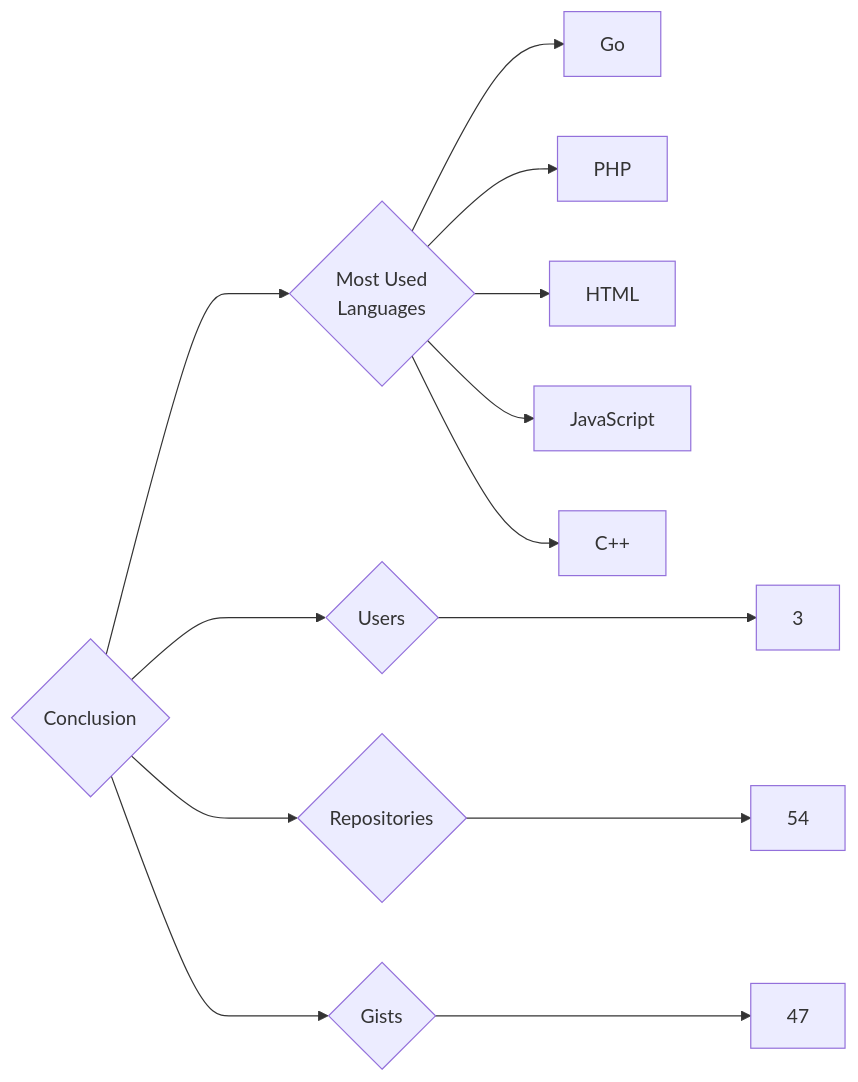
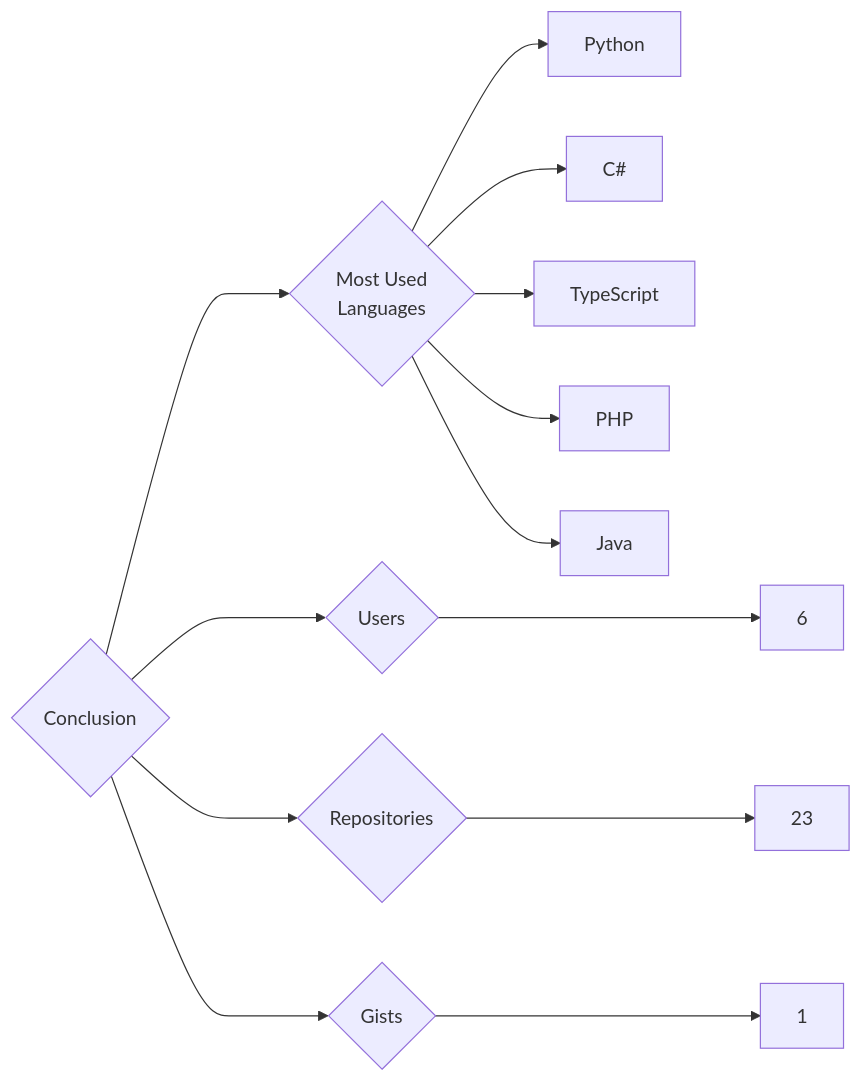
The diagram in targets/Conclusion/README.md (trickest/insiders), drawn with Mermaid before and after one commit. The commit also changed 1148 other files, not shown here.

````diff
--- a/targets/Conclusion/README.md
+++ b/targets/Conclusion/README.md
@@ -3,13 +3,13 @@
 ```mermaid
 graph LR
 COMPANY_NAME{Conclusion}
-COMPANY_NAME ---> U{Users} ---> UN[3]
-COMPANY_NAME ---> R{Repositories} ---> RN[54]
-COMPANY_NAME ---> G{Gists} ---> GN[47]
+COMPANY_NAME ---> U{Users} ---> UN[6]
+COMPANY_NAME ---> R{Repositories} ---> RN[23]
+COMPANY_NAME ---> G{Gists} ---> GN[1]
 COMPANY_NAME ---> ML{Most Used<br>Languages}
-ML --> Go[Go]
+ML --> Python[Python]
+ML --> C#[C#]
+ML --> TypeScript[TypeScript]
 ML --> PHP[PHP]
-ML --> HTML[HTML]
-ML --> JavaScript[JavaScript]
-ML --> C++[C++]
+ML --> Java[Java]
 ```
````
